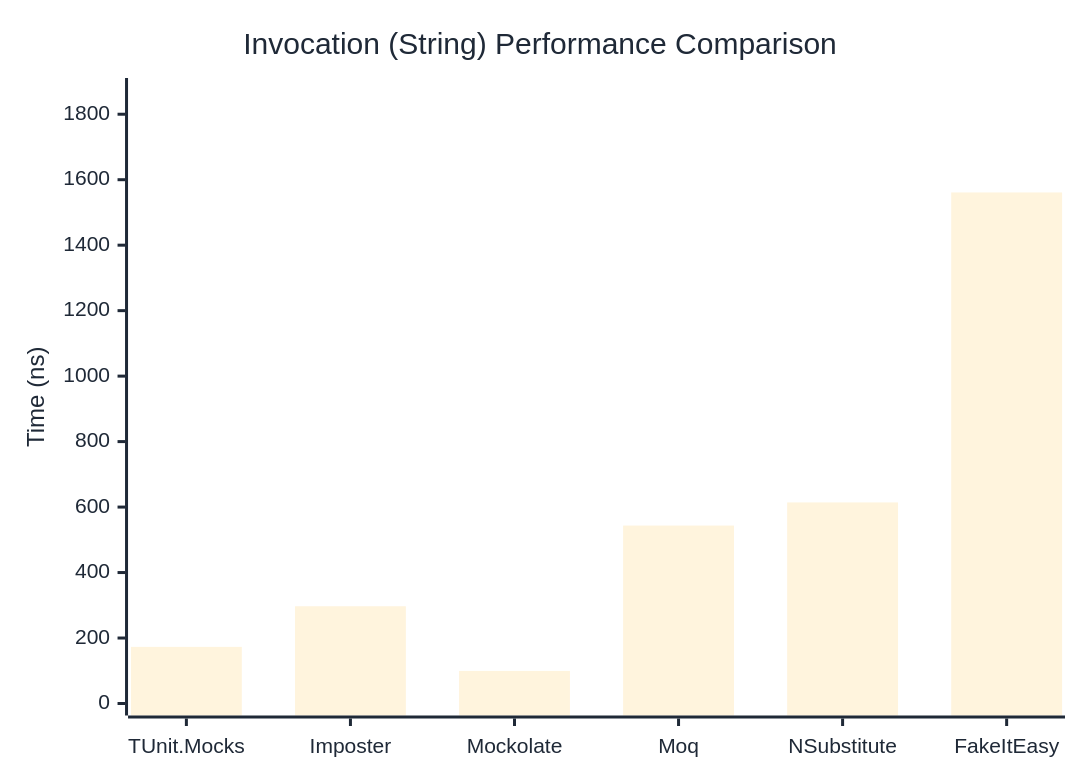
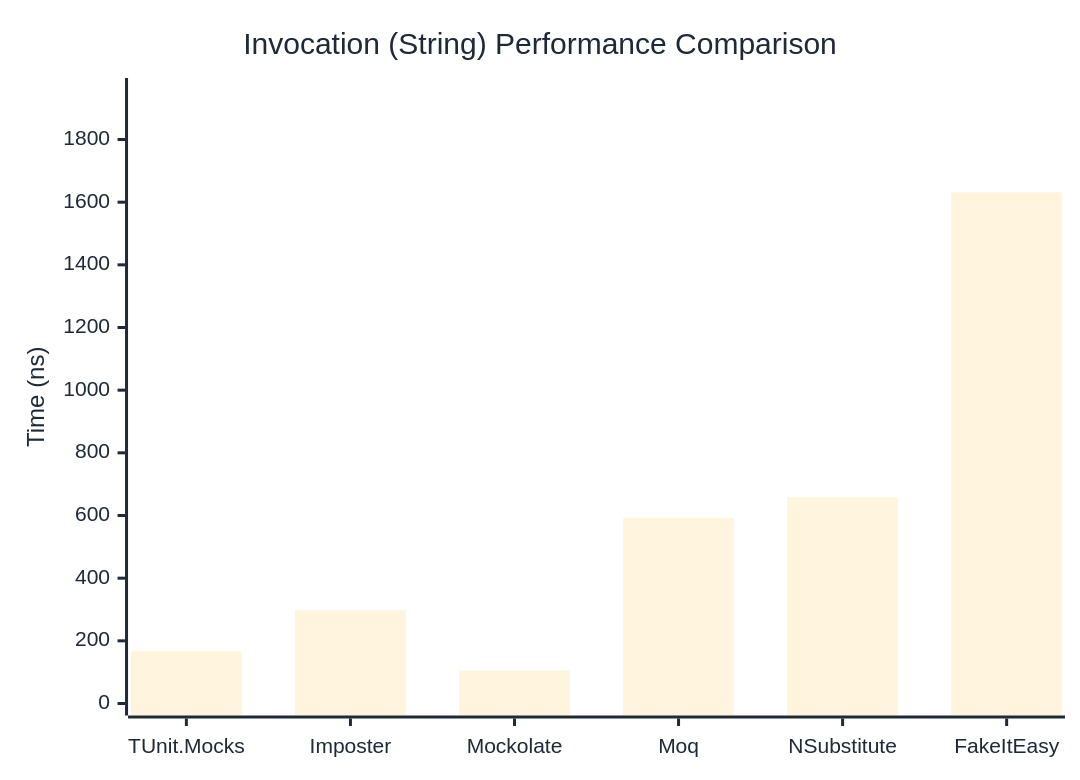
One commit to thomhurst/TUnit changed the second of 3 diagrams in docs/docs/benchmarks/mocks/Invocation.md. Above: the diagram before and after it, drawn with Mermaid. The commit also changed other lines of this file and 14 other files, not shown here.

````diff
--- a/docs/docs/benchmarks/mocks/Invocation.md
+++ b/docs/docs/benchmarks/mocks/Invocation.md
@@ -71,27 +71,27 @@
 ```mermaid
 %%{init: {
   'theme':'base',
   'themeVariables': {
     'primaryColor': '#2563eb',
     'primaryTextColor': '#1f2937',
     'primaryBorderColor': '#1e40af',
     'lineColor': '#6b7280',
     'secondaryColor': '#7c3aed',
     'tertiaryColor': '#dc2626',
     'background': '#ffffff',
     'pie1': '#2563eb',
     'pie2': '#7c3aed',
     'pie3': '#dc2626',
     'pie4': '#f59e0b',
     'pie5': '#10b981',
     'pie6': '#06b6d4',
     'pie7': '#ec4899',
     'pie8': '#6366f1'
   }
 }}%%
 xychart-beta
   title "Invocation (String) Performance Comparison"
   x-axis ["TUnit.Mocks", "Imposter", "Mockolate", "Moq", "NSubstitute", "FakeItEasy"]
-  y-axis "Time (ns)" 0 --> 1874
-  bar [172.98, 297.06, 99.47, 543.52, 614.2, 1561.06]
+  y-axis "Time (ns)" 0 --> 1958
+  bar [166.5, 297.6, 105.2, 592.3, 658.2, 1631.3]
 ```
````
